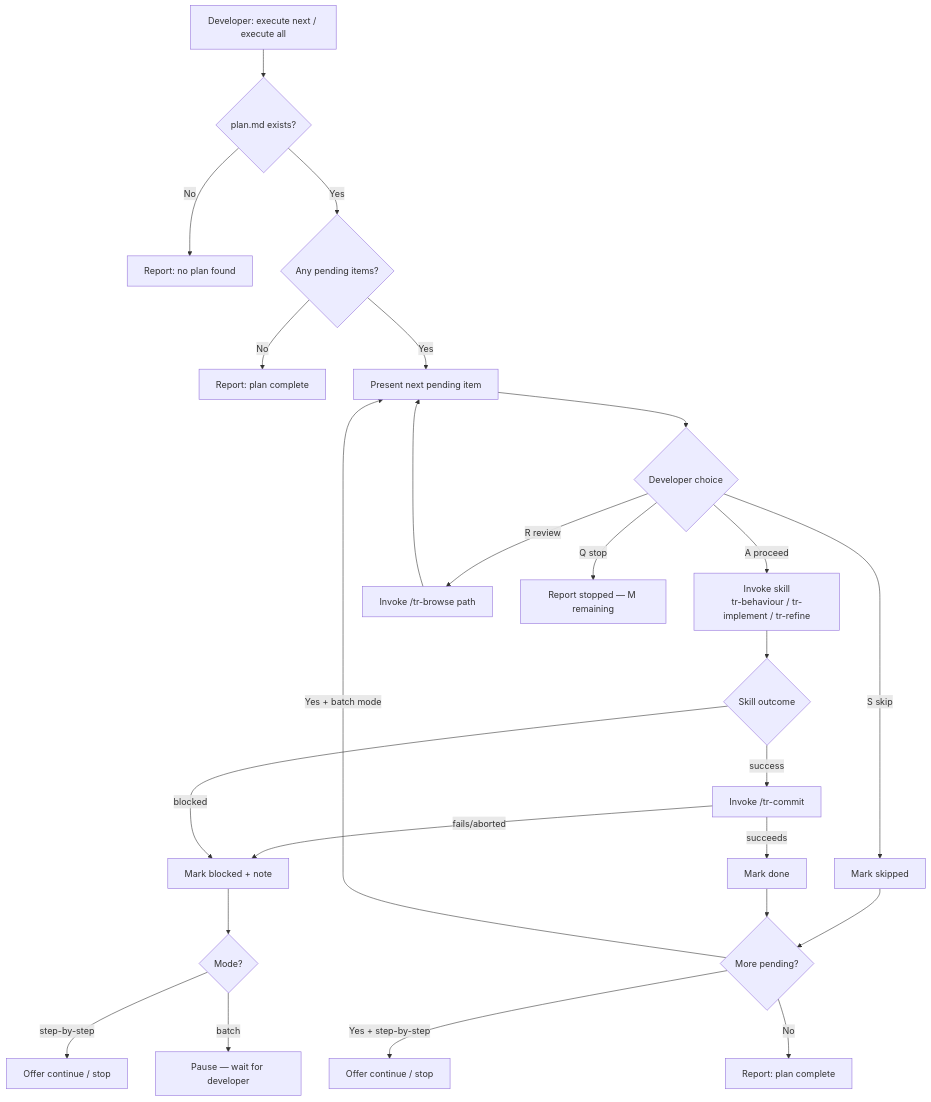
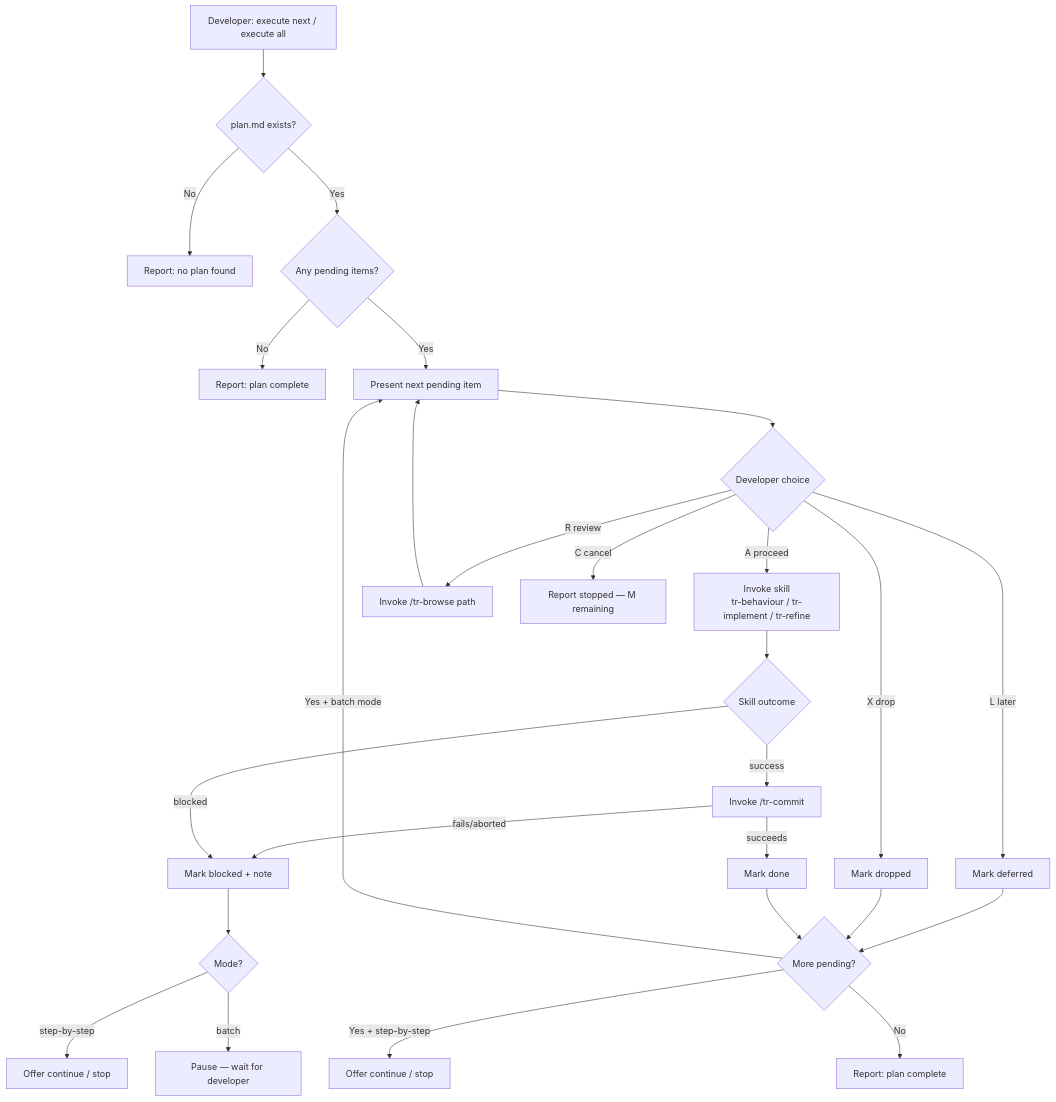
The diagram in taproot/specs/implementation-planning/execute-plan/usecase.md (imix/taproot), drawn with Mermaid before and after one commit. The commit also changed other lines of this file and 6 other files, not shown here.

Commit message:
fix(execute-plan): align letter keys with UX principles truth — [L] Later, [X] Drop, [C] Cancel, [D] Done

````diff
--- a/taproot/specs/implementation-planning/execute-plan/usecase.md
+++ b/taproot/specs/implementation-planning/execute-plan/usecase.md
@@ -174,23 +182,24 @@
 ```mermaid
 flowchart TD
     A[Developer: execute next / execute all] --> B{plan.md exists?}
     B -->|No| C[Report: no plan found]
     B -->|Yes| D{Any pending items?}
     D -->|No| E[Report: plan complete]
     D -->|Yes| F[Present next pending item]
     F --> G{Developer choice}
     G -->|A proceed| H[Invoke skill\ntr-behaviour / tr-implement / tr-refine]
-    G -->|S skip| I[Mark skipped] --> K
+    G -->|L later| I[Mark deferred] --> K
+    G -->|X drop| I2[Mark dropped] --> K
     G -->|R review| T[Invoke /tr-browse path] --> F
-    G -->|Q stop| J[Report stopped — M remaining]
+    G -->|C cancel| J[Report stopped — M remaining]
     H --> L{Skill outcome}
     L -->|success| M1[Invoke /tr-commit]
     M1 -->|succeeds| M[Mark done] --> K
     M1 -->|fails/aborted| N[Mark blocked + note] --> O{Mode?}
     L -->|blocked| N
     O -->|step-by-step| P[Offer continue / stop]
     O -->|batch| Q[Pause — wait for developer]
     K{More pending?} -->|Yes + batch mode| F
     K -->|Yes + step-by-step| R[Offer continue / stop]
     K -->|No| S[Report: plan complete]
 ```
````
